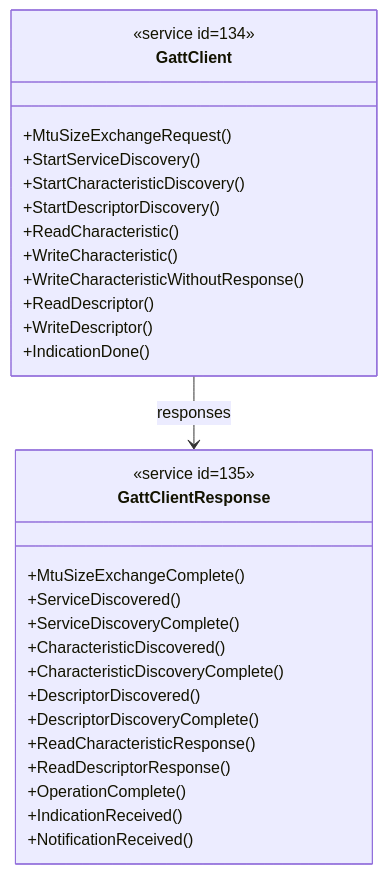
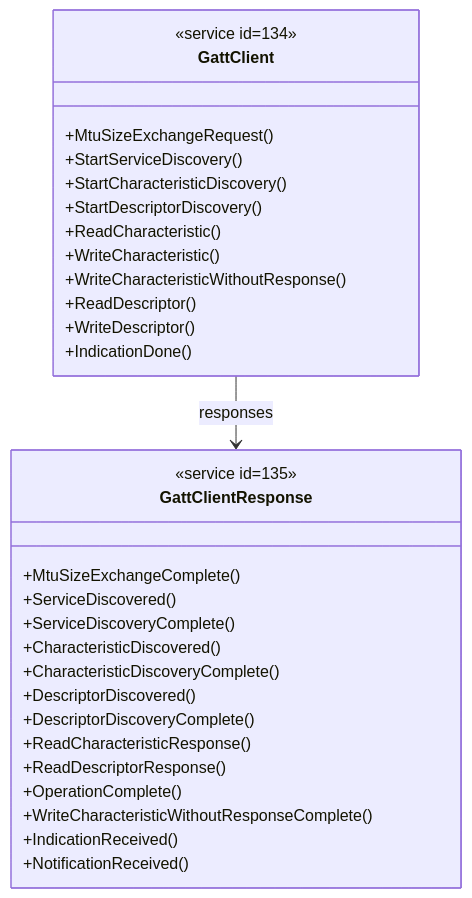
The diagram in documents/modules/ROOT/partials/echoservices/gatt_client/GattClient_class.mmd (philips-software/amp-embedded-infra-lib), drawn with Mermaid before and after one commit. The commit also changed 25 other files, not shown here.

Commit message:
align maturity with gap uml diagrams

```diff
--- a/documents/modules/ROOT/partials/echoservices/gatt_client/GattClient_class.mmd
+++ b/documents/modules/ROOT/partials/echoservices/gatt_client/GattClient_class.mmd
@@ -1,30 +1,31 @@
 classDiagram
     class GattClient {
         <<service id=134>>
         +MtuSizeExchangeRequest()
         +StartServiceDiscovery()
         +StartCharacteristicDiscovery()
         +StartDescriptorDiscovery()
         +ReadCharacteristic()
         +WriteCharacteristic()
         +WriteCharacteristicWithoutResponse()
         +ReadDescriptor()
         +WriteDescriptor()
         +IndicationDone()
     }
     class GattClientResponse {
         <<service id=135>>
         +MtuSizeExchangeComplete()
         +ServiceDiscovered()
         +ServiceDiscoveryComplete()
         +CharacteristicDiscovered()
         +CharacteristicDiscoveryComplete()
         +DescriptorDiscovered()
         +DescriptorDiscoveryComplete()
         +ReadCharacteristicResponse()
         +ReadDescriptorResponse()
         +OperationComplete()
+        +WriteCharacteristicWithoutResponseComplete()
         +IndicationReceived()
         +NotificationReceived()
     }
     GattClient --> GattClientResponse : responses
```
